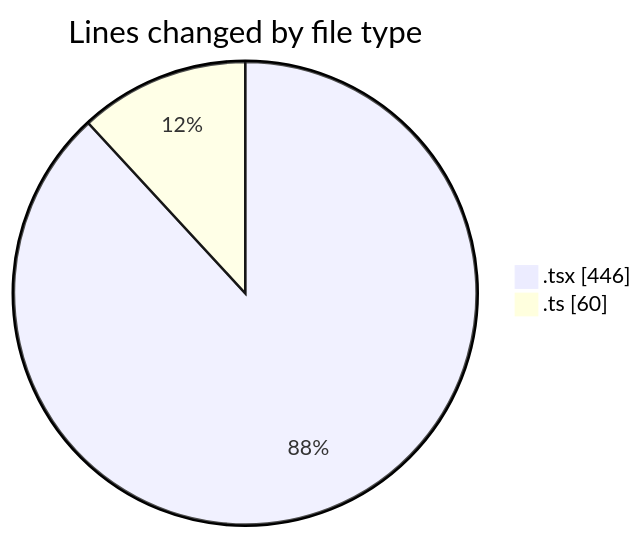
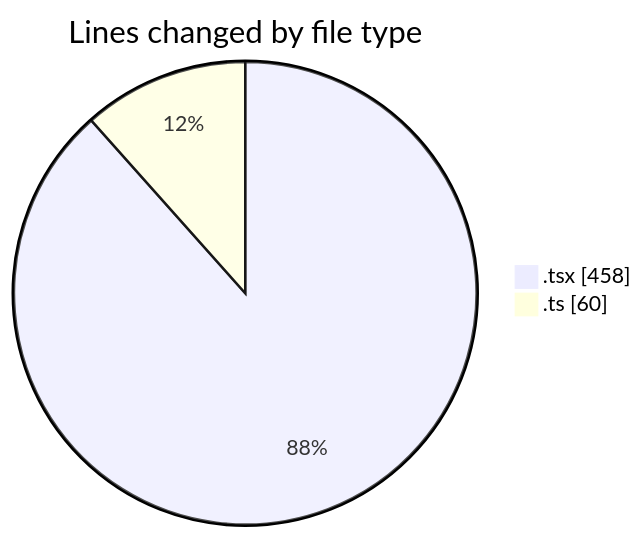
One commit to julien-gomy/code-tracking changed the first of 2 diagrams in 2025-11-18/eventscop-frontend-guide__workspace_/README.md. Above: the diagram before and after it, drawn with Mermaid. The commit also changed other lines of this file and 1 other file, not shown here.

````diff
--- a/2025-11-18/eventscop-frontend-guide__workspace_/README.md
+++ b/2025-11-18/eventscop-frontend-guide__workspace_/README.md
@@ -27,6 +27,6 @@
 ```mermaid
 pie showData
 title Lines changed by file type
-".tsx" : 446
+".tsx" : 458
 ".ts" : 60
 ```
````
